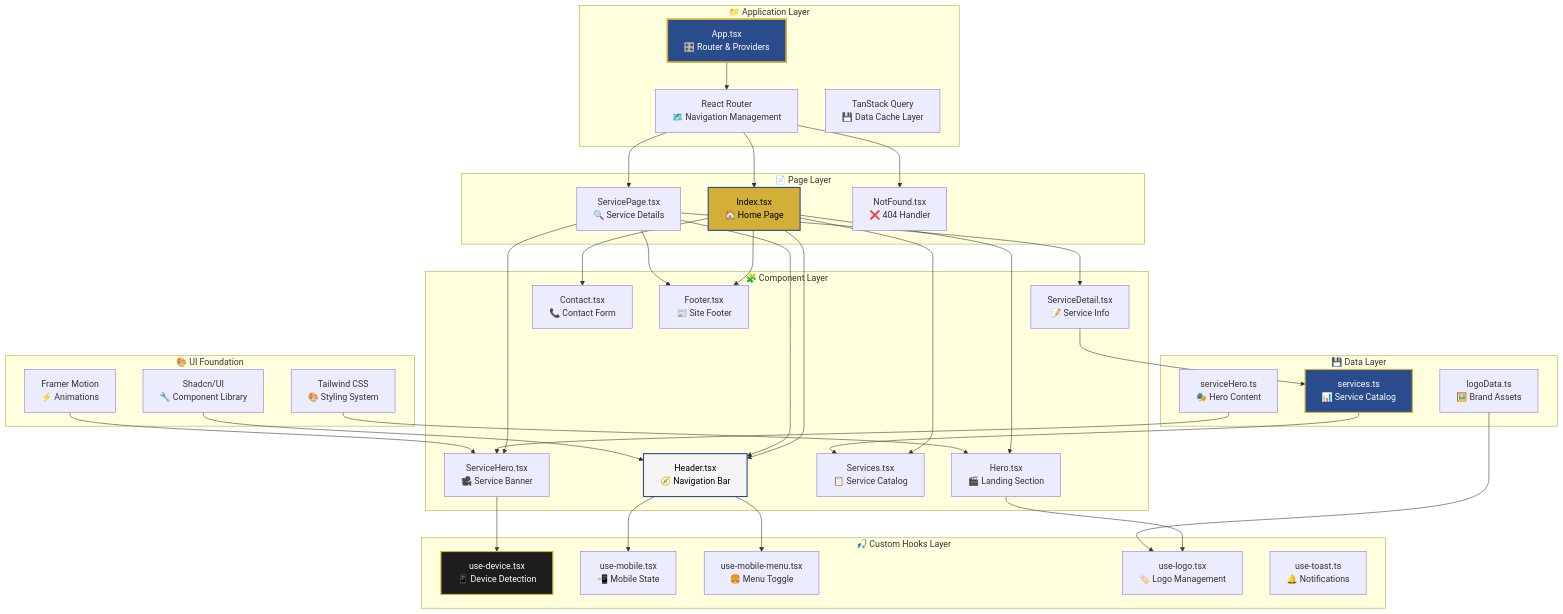
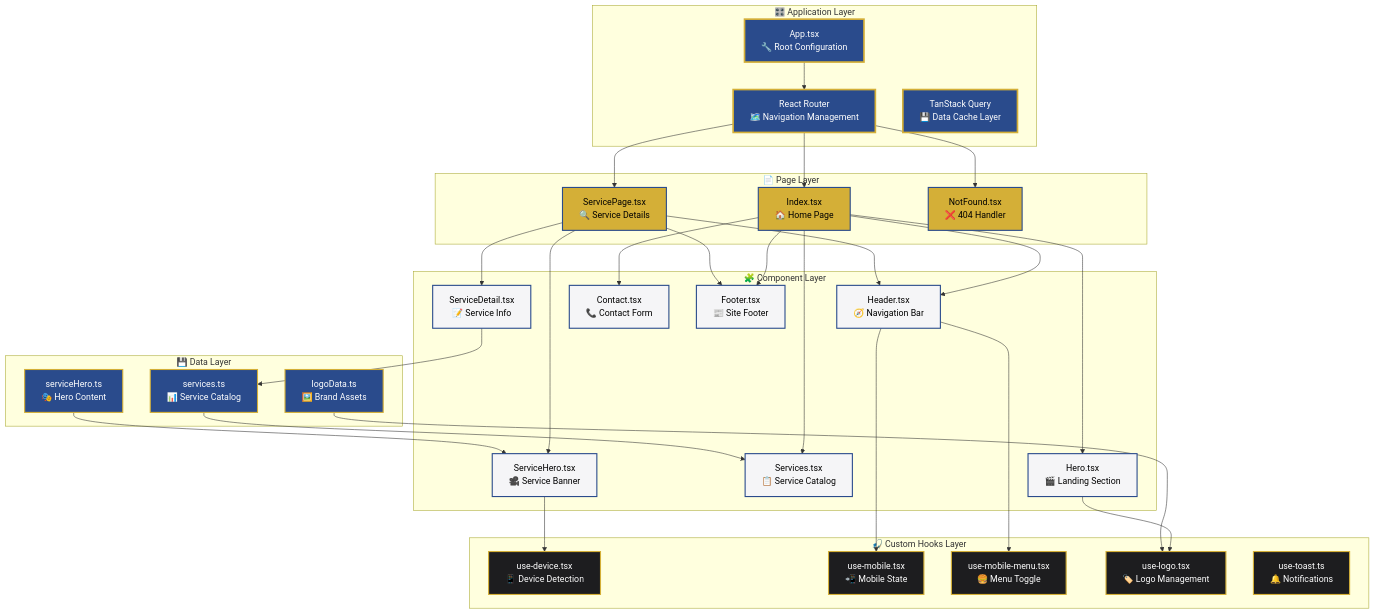
Before and after one commit to walkerWesker/cuenca-asociados-portal: the first of 6 diagrams in README.md, drawn with Mermaid. The commit also changed other lines of this file, not shown here.

````diff
--- a/README.md
+++ b/README.md
@@ -127,80 +222,76 @@
 ```mermaid
 graph TB
-    subgraph "📁 Application Layer"
-        App[App.tsx<br/>🎛️ Router & Providers]
-        Routes[React Router<br/>🗺️ Navigation Management]
-        QueryClient[TanStack Query<br/>💾 Data Cache Layer]
+    subgraph "🎛️ Application Layer"
+        A[App.tsx<br/>🔧 Root Configuration]
+        R[React Router<br/>🗺️ Navigation Management]
+        Q[TanStack Query<br/>💾 Data Cache Layer]
     end
     
     subgraph "📄 Page Layer"
-        Index[Index.tsx<br/>🏠 Home Page]
-        ServicePage[ServicePage.tsx<br/>🔍 Service Details]
-        NotFound[NotFound.tsx<br/>❌ 404 Handler]
+        I[Index.tsx<br/>🏠 Home Page]
+        S[ServicePage.tsx<br/>🔍 Service Details]
+        N[NotFound.tsx<br/>❌ 404 Handler]
     end
     
     subgraph "🧩 Component Layer"
-        Header[Header.tsx<br/>🧭 Navigation Bar]
-        Hero[Hero.tsx<br/>🎬 Landing Section]
-        Services[Services.tsx<br/>📋 Service Catalog]
-        ServiceDetail[ServiceDetail.tsx<br/>📝 Service Info]
-        ServiceHero[ServiceHero.tsx<br/>🎥 Service Banner]
-        Contact[Contact.tsx<br/>📞 Contact Form]
-        Footer[Footer.tsx<br/>📰 Site Footer]
+        H[Header.tsx<br/>🧭 Navigation Bar]
+        HE[Hero.tsx<br/>🎬 Landing Section]
+        SE[Services.tsx<br/>📋 Service Catalog]
+        SD[ServiceDetail.tsx<br/>📝 Service Info]
+        SH[ServiceHero.tsx<br/>🎥 Service Banner]
+        C[Contact.tsx<br/>📞 Contact Form]
+        F[Footer.tsx<br/>📰 Site Footer]
     end
     
     subgraph "🎣 Custom Hooks Layer"
-        useDevice[use-device.tsx<br/>📱 Device Detection]
-        useMobile[use-mobile.tsx<br/>📲 Mobile State]
-        useMobileMenu[use-mobile-menu.tsx<br/>🍔 Menu Toggle]
-        useLogo[use-logo.tsx<br/>🏷️ Logo Management]
-        useToast[use-toast.ts<br/>🔔 Notifications]
+        UD[use-device.tsx<br/>📱 Device Detection]
+        UM[use-mobile.tsx<br/>📲 Mobile State]
+        UMM[use-mobile-menu.tsx<br/>🍔 Menu Toggle]
+        UL[use-logo.tsx<br/>🏷️ Logo Management]
+        UT[use-toast.ts<br/>🔔 Notifications]
     end
     
     subgraph "💾 Data Layer"
-        ServicesData[services.ts<br/>📊 Service Catalog]
-        LogoData[logoData.ts<br/>🖼️ Brand Assets]
-        ServiceHeroData[serviceHero.ts<br/>🎭 Hero Content]
+        SData[services.ts<br/>📊 Service Catalog]
+        LData[logoData.ts<br/>🖼️ Brand Assets]
+        SHData[serviceHero.ts<br/>🎭 Hero Content]
     end
     
-    subgraph "🎨 UI Foundation"
-        ShadcnUI[Shadcn/UI<br/>🔧 Component Library]
-        TailwindCSS[Tailwind CSS<br/>🎨 Styling System]
-        FramerMotion[Framer Motion<br/>⚡ Animations]
-    end
+    A --> R
+    R --> I
+    R --> S
+    R --> N
     
-    App --> Routes
-    Routes --> Index
-    Routes --> ServicePage
-    Routes --> NotFound
+    I --> H
+    I --> HE
+    I --> SE
+    I --> C
+    I --> F
     
-    Index --> Header
-    Index --> Hero
-    Index --> Services
-    Index --> Contact
-    Index --> Footer
+    S --> H
+    S --> SH
+    S --> SD
+    S --> F
     
-    ServicePage --> Header
-    ServicePage --> ServiceHero
-    ServicePage --> ServiceDetail
-    ServicePage --> Footer
+    H --> UM
+    H --> UMM
+    HE --> UL
+    SH --> UD
+    SD --> SData
     
-    Header --> useMobile
-    Header --> useMobileMenu
-    Hero --> useLogo
-    ServiceHero --> useDevice
-    ServiceDetail --> ServicesData
+    SData --> SE
+    LData --> UL
+    SHData --> SH
     
-    ServicesData --> Services
-    LogoData --> useLogo
-    ServiceHeroData --> ServiceHero
+    classDef appLayer fill:#2A4B8C,color:#fff,stroke:#D4AF37,stroke-width:3px
+    classDef pageLayer fill:#D4AF37,color:#000,stroke:#2A4B8C,stroke-width:2px
+    classDef componentLayer fill:#F5F5F7,color:#000,stroke:#2A4B8C,stroke-width:2px
+    classDef hooksLayer fill:#1D1D1F,color:#fff,stroke:#D4AF37,stroke-width:2px
+    classDef dataLayer fill:#2A4B8C,color:#fff,stroke:#D4AF37,stroke-width:2px
     
-    ShadcnUI --> Header
-    TailwindCSS --> Hero
-    FramerMotion --> ServiceHero
-    
-    style App fill:#2A4B8C,color:#fff,stroke:#D4AF37,stroke-width:3px
-    style Index fill:#D4AF37,color:#000,stroke:#2A4B8C,stroke-width:2px
-    style Header fill:#F5F5F7,color:#000,stroke:#2A4B8C,stroke-width:2px
-    style useDevice fill:#1D1D1F,color:#fff,stroke:#D4AF37,stroke-width:2px
-    style ServicesData fill:#2A4B8C,color:#fff,stroke:#D4AF37,stroke-width:2px
+    class A,R,Q appLayer
+    class I,S,N pageLayer
+    class H,HE,SE,SD,SH,C,F componentLayer
+    class UD,UM,UMM,UL,UT hooksLayer
+    class SData,LData,SHData dataLayer
 ```
````
